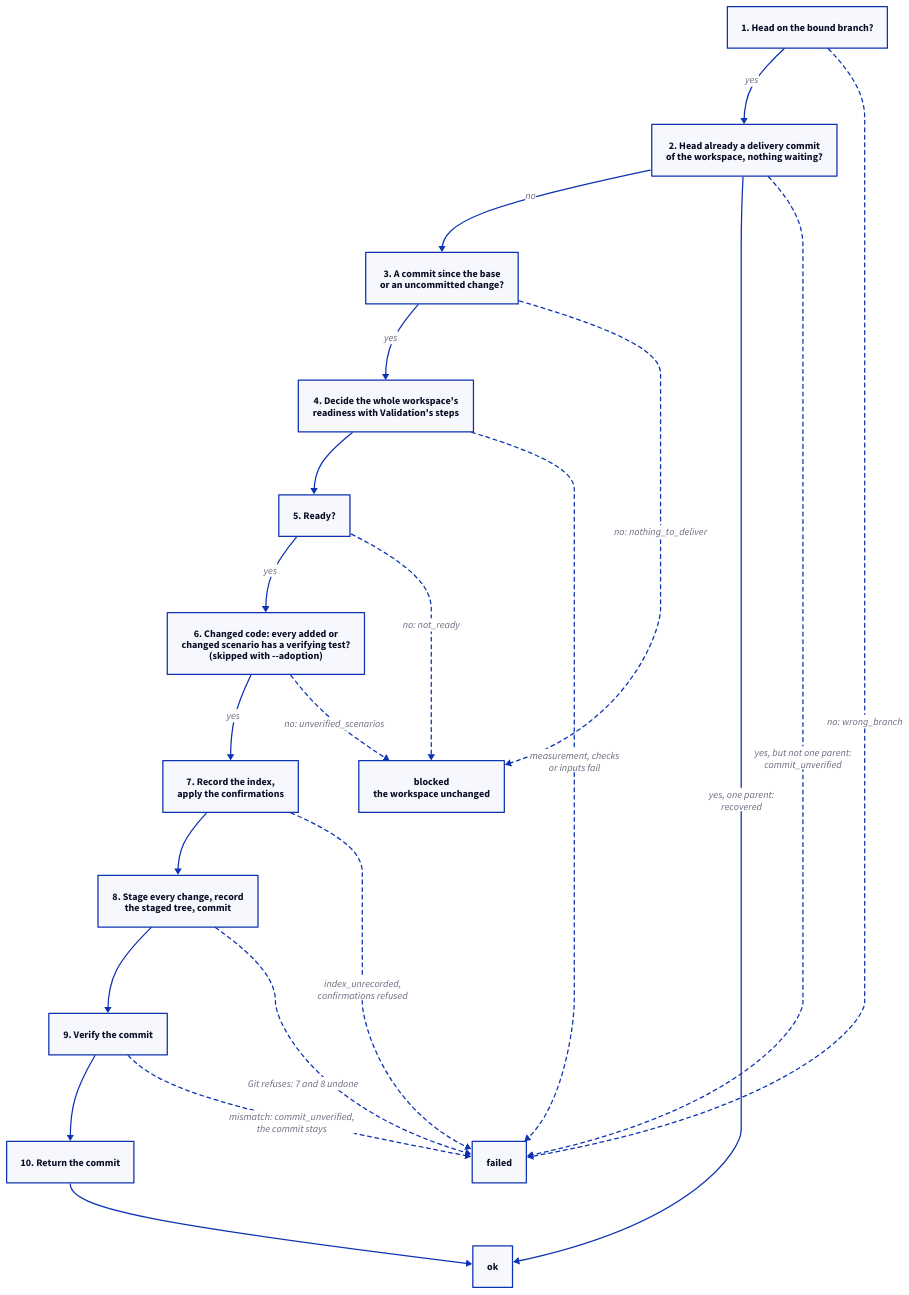
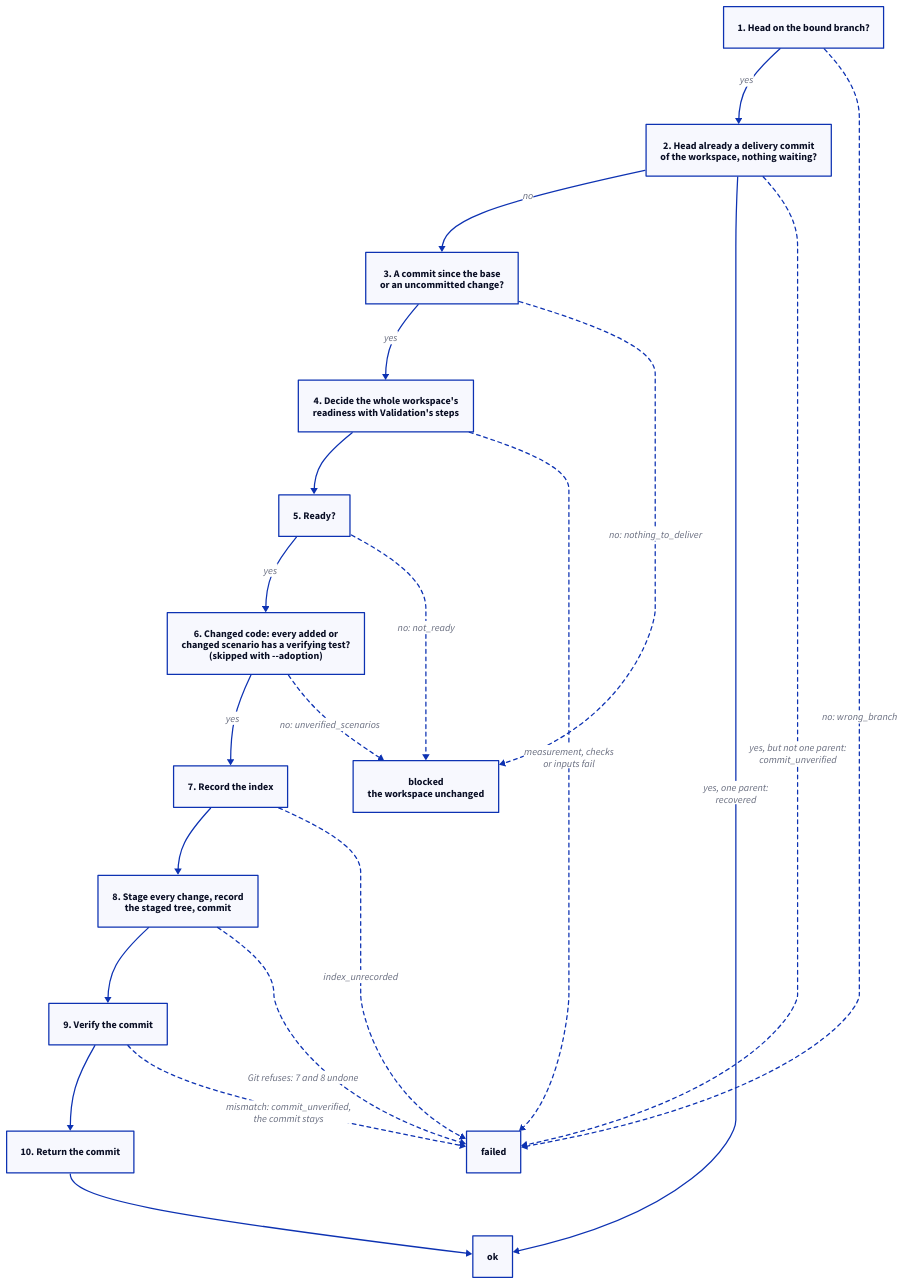
One commit to FTOD/concorde changed the diagram in specs/concorde/execution/commands/delivery/module.md. Above: the diagram before and after it, drawn with D2. The commit also changed other lines of this file and 128 other files, not shown here.

````diff
--- a/specs/concorde/execution/commands/delivery/module.md
+++ b/specs/concorde/execution/commands/delivery/module.md
@@ -59,33 +59,33 @@
 ```d2 illustrative
 direction: down
 branch: "1. Head on the bound branch?"
 found: "2. Head already a delivery commit\nof the workspace, nothing waiting?"
 work: "3. A commit since the base\nor an uncommitted change?"
 readiness: "4. Decide the whole workspace's\nreadiness with Validation's steps"
 ready: "5. Ready?"
 tests: "6. Changed code: every added or\nchanged scenario has a verifying test?\n(skipped with --adoption)"
-index: "7. Record the index,\napply the confirmations"
+index: "7. Record the index"
 commit: "8. Stage every change, record\nthe staged tree, commit"
 verify: "9. Verify the commit"
 output: "10. Return the commit"
 ok: "ok"
 blocked: "blocked\nthe workspace unchanged"
 failed: "failed"
 branch -> found: yes
 found -> work: no
 work -> readiness: yes
 readiness -> ready
 ready -> tests: yes
 tests -> index: yes
 index -> commit -> verify -> output -> ok
 found -> ok: "yes, one parent:\nrecovered"
 found -> failed: "yes, but not one parent:\ncommit_unverified" {style.stroke-dash: 3}
 branch -> failed: "no: wrong_branch" {style.stroke-dash: 3}
 work -> blocked: "no: nothing_to_deliver" {style.stroke-dash: 3}
 readiness -> failed: "measurement, checks\nor inputs fail" {style.stroke-dash: 3}
 ready -> blocked: "no: not_ready" {style.stroke-dash: 3}
 tests -> blocked: "no: unverified_scenarios" {style.stroke-dash: 3}
-index -> failed: "index_unrecorded,\nconfirmations refused" {style.stroke-dash: 3}
+index -> failed: "index_unrecorded" {style.stroke-dash: 3}
 commit -> failed: "Git refuses: 7 and 8 undone" {style.stroke-dash: 3}
 verify -> failed: "mismatch: commit_unverified,\nthe commit stays" {style.stroke-dash: 3}
 ```
````
